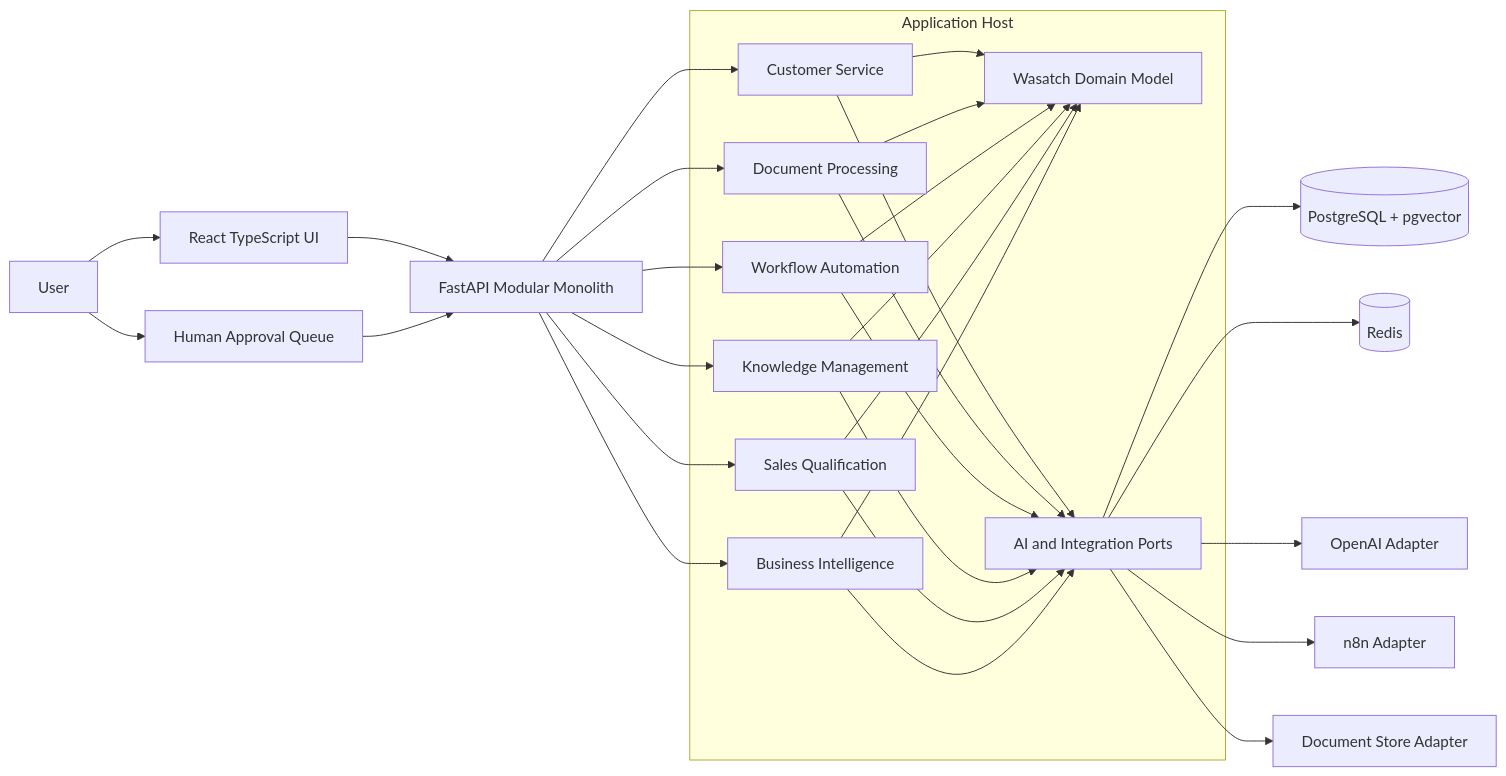
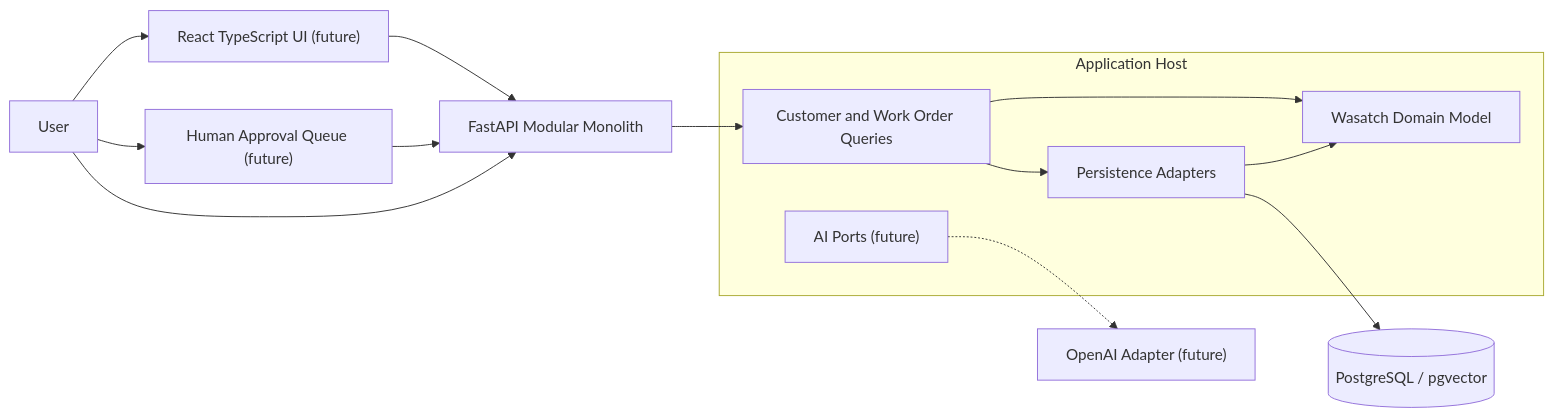
The diagram in docs/ARCHITECTURE.md (anotherhale/ai-solutions-lab), drawn with Mermaid before and after one commit. The commit also changed other lines of this file and 16 other files, not shown here.

First line of the commit message:
docs: document the first FastAPI and PostgreSQL slice

````diff
--- a/docs/ARCHITECTURE.md
+++ b/docs/ARCHITECTURE.md
@@ -19,43 +19,22 @@
 ```mermaid
 flowchart LR
-    User[User] --> Web[React TypeScript UI]
-    User --> Human[Human Approval Queue]
+    User[User] --> Web["React TypeScript UI (future)"]
+    User --> Human["Human Approval Queue (future)"]
     Web --> API[FastAPI Modular Monolith]
     Human --> API
+    User --> API
 
     subgraph Monolith["Application Host"]
-        CS[Customer Service]
-        Docs[Document Processing]
-        Flow[Workflow Automation]
-        Knowledge[Knowledge Management]
-        Sales[Sales Qualification]
-        BI[Business Intelligence]
+        Queries[Customer and Work Order Queries]
         Domain[Wasatch Domain Model]
-        Ports[AI and Integration Ports]
-        CS --> Domain
-        Docs --> Domain
-        Flow --> Domain
-        Knowledge --> Domain
-        Sales --> Domain
-        BI --> Domain
-        CS --> Ports
-        Docs --> Ports
-        Flow --> Ports
-        Knowledge --> Ports
-        Sales --> Ports
-        BI --> Ports
+        Persist[Persistence Adapters]
+        AIPorts["AI Ports (future)"]
+        Queries --> Domain
+        Queries --> Persist
+        Persist --> Domain
     end
 
-    API --> CS
-    API --> Docs
-    API --> Flow
-    API --> Knowledge
-    API --> Sales
-    API --> BI
-
-    Ports --> PG[(PostgreSQL + pgvector)]
-    Ports --> Redis[(Redis)]
-    Ports --> OpenAI[OpenAI Adapter]
-    Ports --> N8N[n8n Adapter]
-    Ports --> Files[Document Store Adapter]
+    API --> Queries
+    Persist --> PG[(PostgreSQL / pgvector)]
+    AIPorts -.-> OpenAI["OpenAI Adapter (future)"]
 ```
````
